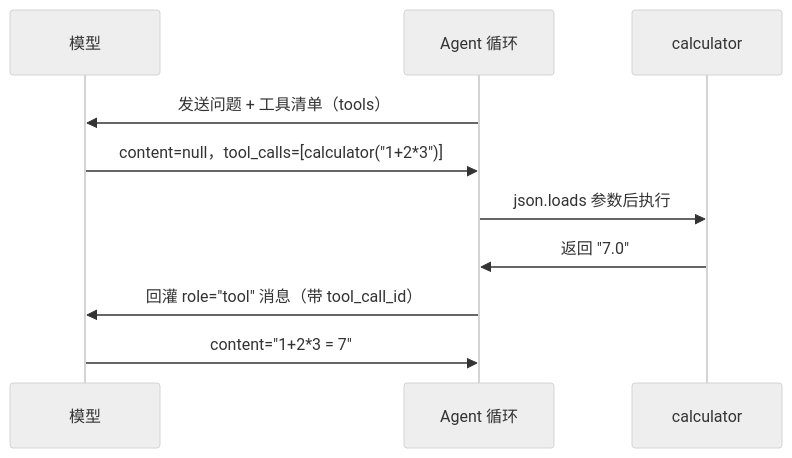
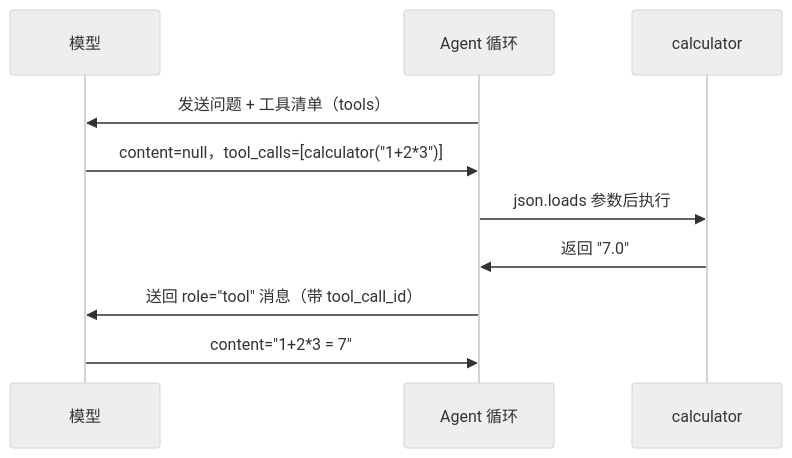
The diagram in chapters/02-tool-calling/README.md (warmsum/mini-harness), drawn with Mermaid (neutral theme) before and after one commit. The commit also changed other lines of this file and 17 other files, not shown here.

````diff
--- a/chapters/02-tool-calling/README.md
+++ b/chapters/02-tool-calling/README.md
@@ -77,13 +77,13 @@
 ```mermaid
 sequenceDiagram
     participant M as 模型
     participant A as Agent 循环
     participant T as calculator
 
     A->>M: 发送问题 + 工具清单（tools）
     M->>A: content=null，tool_calls=[calculator("1+2*3")]
     A->>T: json.loads 参数后执行
     T->>A: 返回 "7.0"
-    A->>M: 回灌 role="tool" 消息（带 tool_call_id）
+    A->>M: 送回 role="tool" 消息（带 tool_call_id）
     M->>A: content="1+2*3 = 7"
 ```
````
